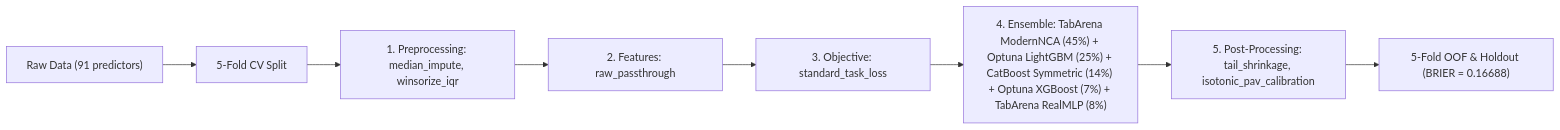
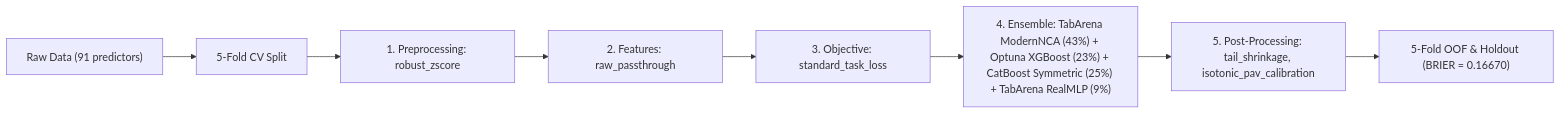
The diagram in README.md (stefanoclss/March-Machine-Learning-Mania-2026), drawn with Mermaid before and after one commit. The commit also changed other lines of this file, not shown here.

First line of the commit message:
docs(readme): refresh verified OOF benchmark & build ledger (BRIER=0.16670)

````diff
--- a/README.md
+++ b/README.md
@@ -78,10 +82,10 @@
 ```mermaid
 flowchart LR
     DATA["Raw Data (91 predictors)"] --> SPLIT["5-Fold CV Split"]
-    SPLIT --> PRE["1. Preprocessing: median_impute, winsorize_iqr"]
+    SPLIT --> PRE["1. Preprocessing: robust_zscore"]
     PRE --> FEAT["2. Features: raw_passthrough"]
     FEAT --> OBJ["3. Objective: standard_task_loss"]
-    OBJ --> M0["4. Ensemble: TabArena ModernNCA (45%) + Optuna LightGBM (25%) + CatBoost Symmetric (14%) + Optuna XGBoost (7%) + TabArena RealMLP (8%)"]
+    OBJ --> M0["4. Ensemble: TabArena ModernNCA (43%) + Optuna XGBoost (23%) + CatBoost Symmetric (25%) + TabArena RealMLP (9%)"]
     M0 --> POST["5. Post-Processing: tail_shrinkage, isotonic_pav_calibration"]
-    POST --> OUT["5-Fold OOF & Holdout (BRIER = 0.16688)"]
+    POST --> OUT["5-Fold OOF & Holdout (BRIER = 0.16670)"]
 ```
````
